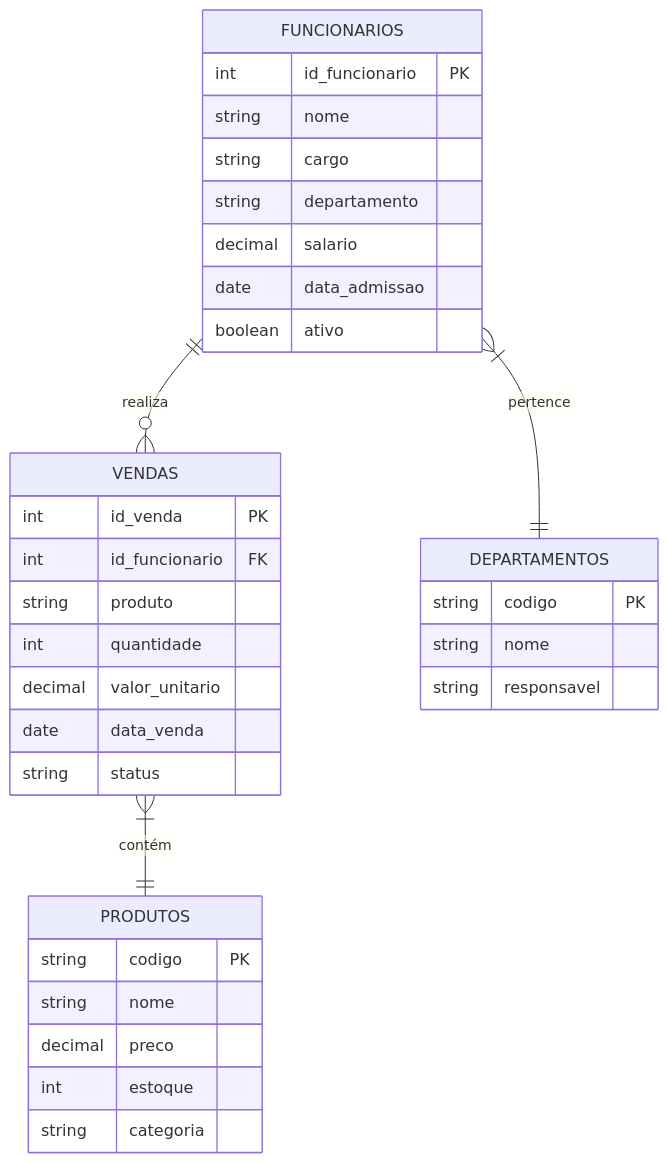
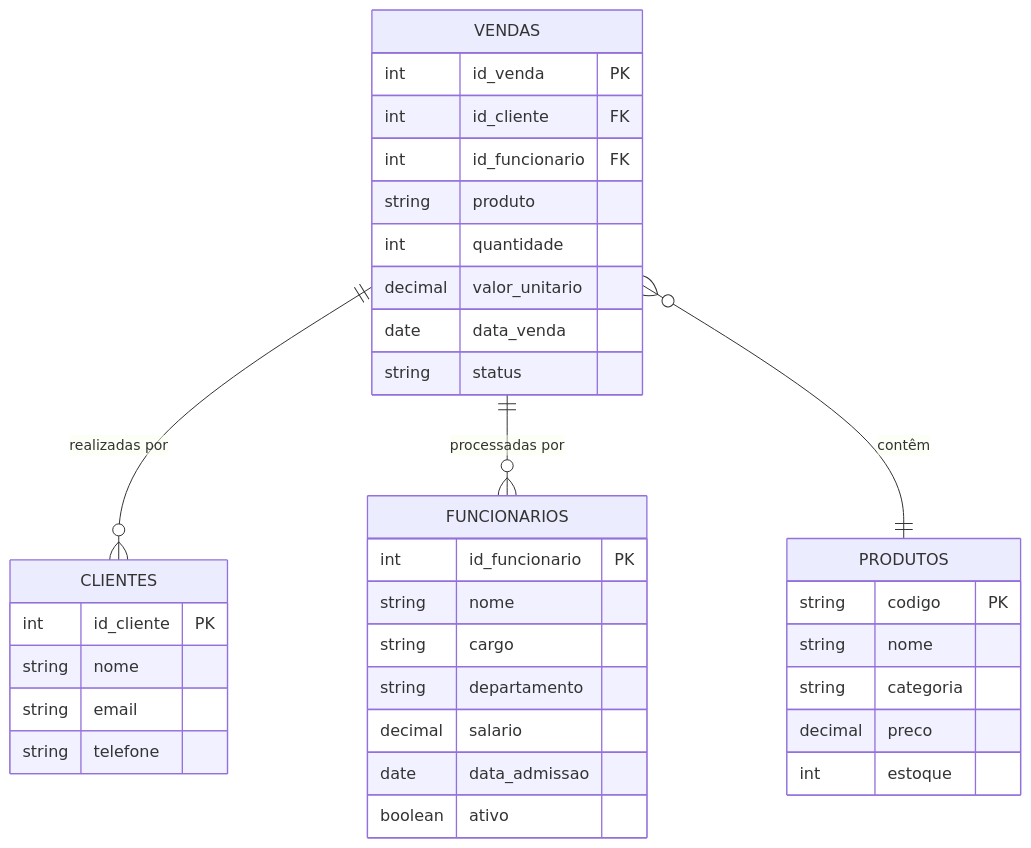
One commit to taylorteixeira/APACHE-SPARK-COM-DELTA-LAKE-E-APACHE-ICEBERG changed the second of 3 diagrams in docs/data-model/er-diagram.md. Above: the diagram before and after it, drawn with Mermaid. The commit also changed other lines of this file and 8 other files, not shown here.

````diff
--- a/docs/data-model/er-diagram.md
+++ b/docs/data-model/er-diagram.md
@@ -74,40 +79,42 @@
 ```mermaid
 erDiagram
     VENDAS {
         int id_venda PK
+        int id_cliente FK
         int id_funcionario FK
         string produto
         int quantidade
         decimal valor_unitario
         date data_venda
         string status
+    }
+    
+    CLIENTES {
+        int id_cliente PK
+        string nome
+        string email
+        string telefone
     }
     
     FUNCIONARIOS {
         int id_funcionario PK
         string nome
         string cargo
         string departamento
         decimal salario
         date data_admissao
         boolean ativo
     }
     
     PRODUTOS {
         string codigo PK
         string nome
+        string categoria
         decimal preco
         int estoque
-        string categoria
     }
     
-    DEPARTAMENTOS {
-        string codigo PK
-        string nome
-        string responsavel
-    }
-    
-    FUNCIONARIOS ||--o{ VENDAS : "realiza"
-    VENDAS }|--|| PRODUTOS : "contém"
-    FUNCIONARIOS }|--|| DEPARTAMENTOS : "pertence"
+    VENDAS ||--o{ CLIENTES : "realizadas por"
+    VENDAS ||--o{ FUNCIONARIOS : "processadas por"
+    VENDAS }o--|| PRODUTOS : "contêm"
 ```
````
